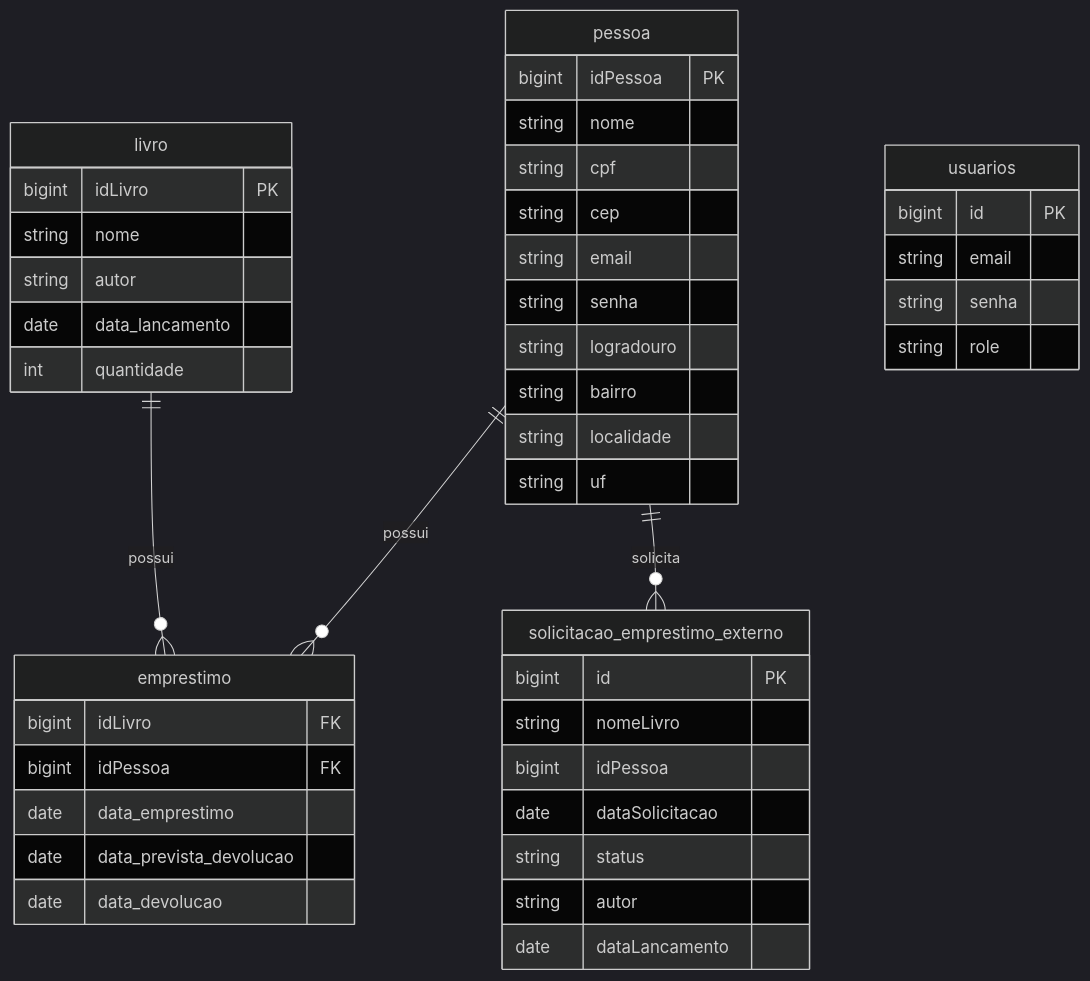
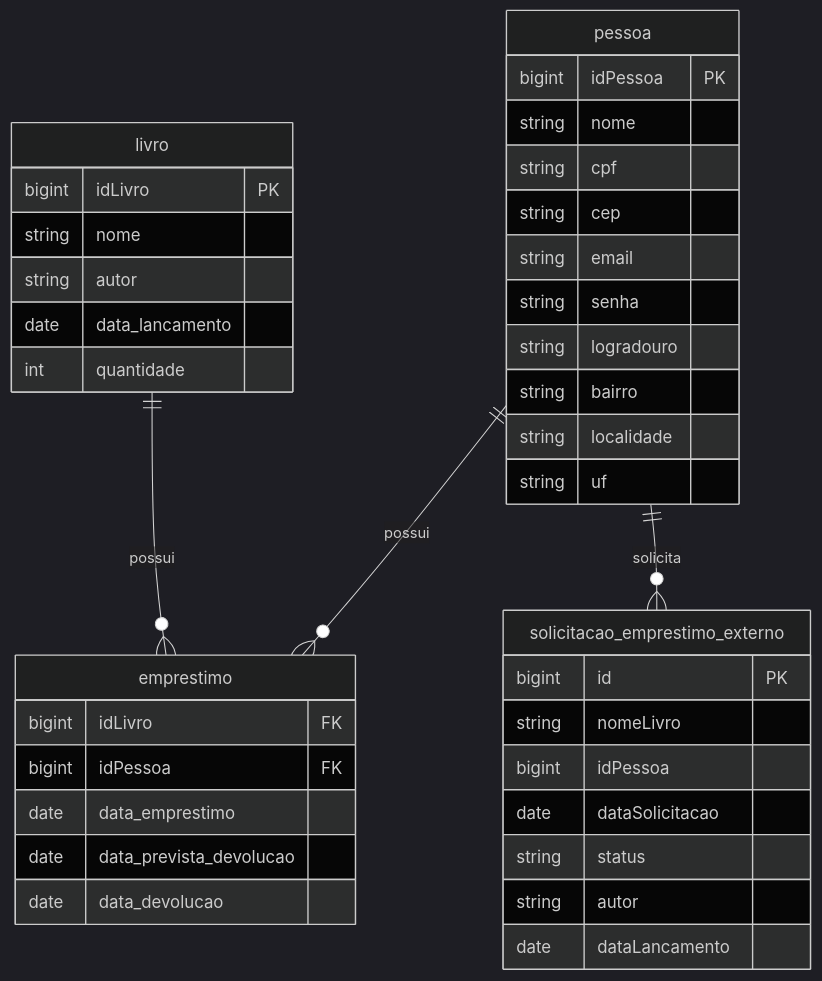
One commit to diego-codev/biblioteca-api-rest changed the diagram in README.md. Above: the diagram before and after it, drawn with Mermaid (dark theme). The commit also changed other lines of this file and 25 other files, not shown here.

````diff
--- a/README.md
+++ b/README.md
@@ -74,48 +83,42 @@
 ```mermaid
 erDiagram
 	pessoa {
 		bigint idPessoa PK
 		string nome
 		string cpf
 		string cep
 		string email
 		string senha
 		string logradouro
 		string bairro
 		string localidade
 		string uf
 	}
 	livro {
 		bigint idLivro PK
 		string nome
 		string autor
 		date data_lancamento
 		int quantidade
 	}
 	emprestimo {
 		bigint idLivro FK
 		bigint idPessoa FK
 		date data_emprestimo
 		date data_prevista_devolucao
 		date data_devolucao
 	}
-	usuarios {
-		bigint id PK
-		string email
-		string senha
-		string role
-	}
 	solicitacao_emprestimo_externo {
 		bigint id PK
 		string nomeLivro
 		bigint idPessoa
 		date dataSolicitacao
 		string status
 		string autor
 		date dataLancamento
 	}
 
 	pessoa ||--o{ emprestimo : possui
 	livro  ||--o{ emprestimo : possui
 	pessoa ||--o{ solicitacao_emprestimo_externo : solicita
 ```
````
